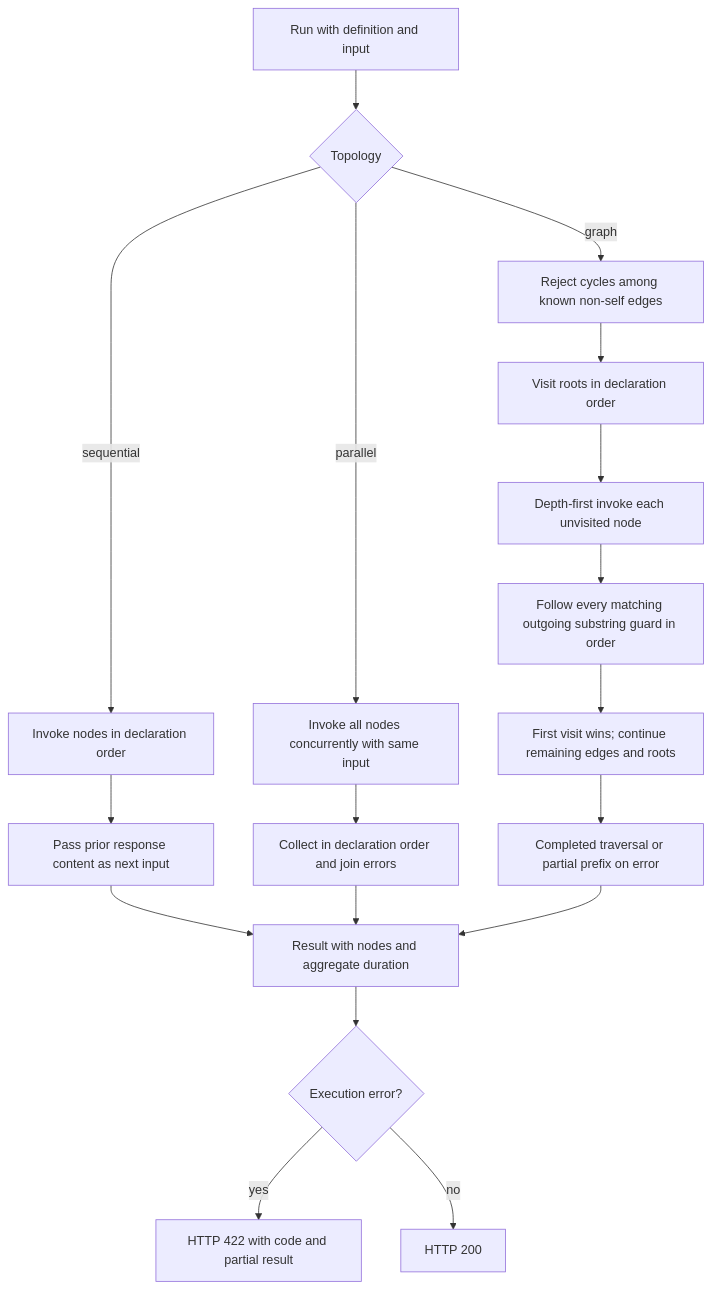
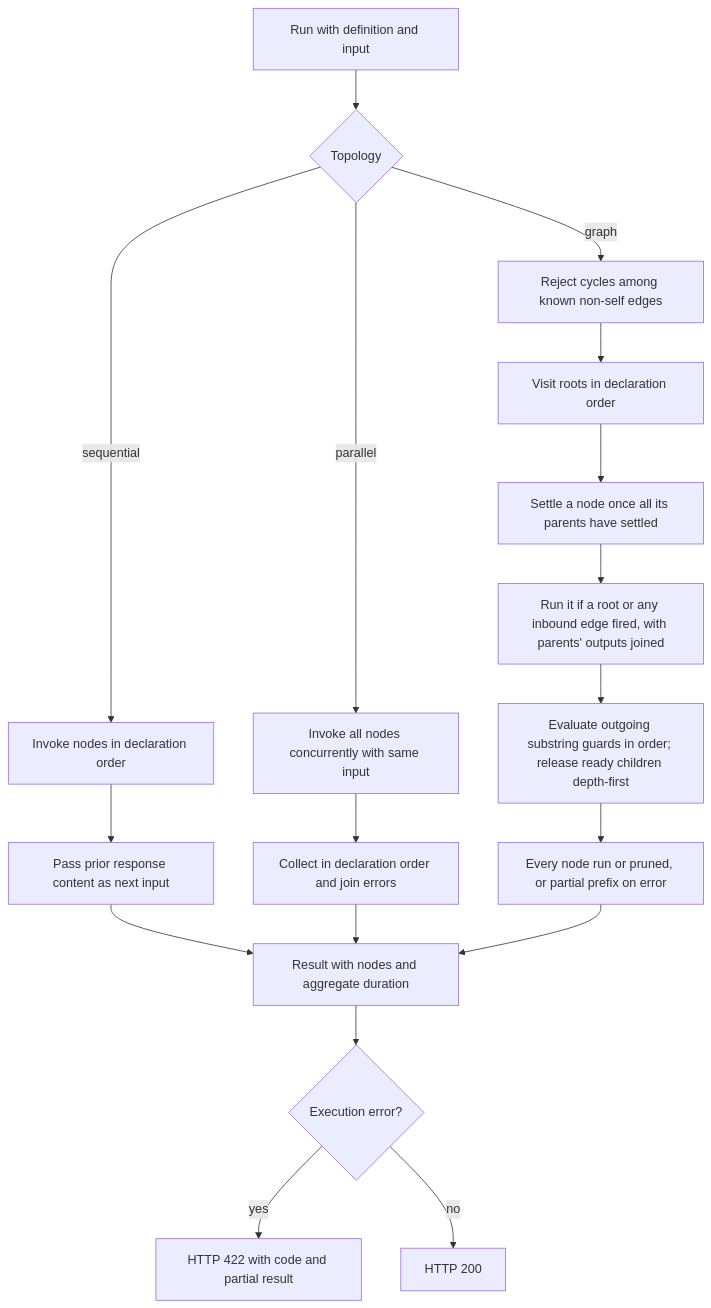
One commit to mockagents/mockagents changed the third of 6 diagrams in docs/handoff/diagrams.md. Above: the diagram before and after it, drawn with Mermaid. The commit also changed other lines of this file and 6 other files, not shown here.

````diff
--- a/docs/handoff/diagrams.md
+++ b/docs/handoff/diagrams.md
@@ -69,20 +69,20 @@
 ```mermaid
 flowchart TD
   R[Run with definition and input] --> T{Topology}
   T -->|sequential| S[Invoke nodes in declaration order]
   S --> SI[Pass prior response content as next input]
   T -->|parallel| P[Invoke all nodes concurrently with same input]
   P --> PI[Collect in declaration order and join errors]
   T -->|graph| G[Reject cycles among known non-self edges]
   G --> Roots[Visit roots in declaration order]
-  Roots --> N[Depth-first invoke each unvisited node]
-  N --> Edges[Follow every matching outgoing substring guard in order]
-  Edges --> Traverse[First visit wins; continue remaining edges and roots]
-  Traverse --> GraphResult[Completed traversal or partial prefix on error]
+  Roots --> N[Settle a node once all its parents have settled]
+  N --> Edges[Run it if a root or any inbound edge fired, with parents' outputs joined]
+  Edges --> Traverse[Evaluate outgoing substring guards in order; release ready children depth-first]
+  Traverse --> GraphResult[Every node run or pruned, or partial prefix on error]
   SI --> Result[Result with nodes and aggregate duration]
   PI --> Result
   GraphResult --> Result
   Result --> Error{Execution error?}
   Error -->|yes| Partial[HTTP 422 with code and partial result]
   Error -->|no| OK[HTTP 200]
 ```
````
